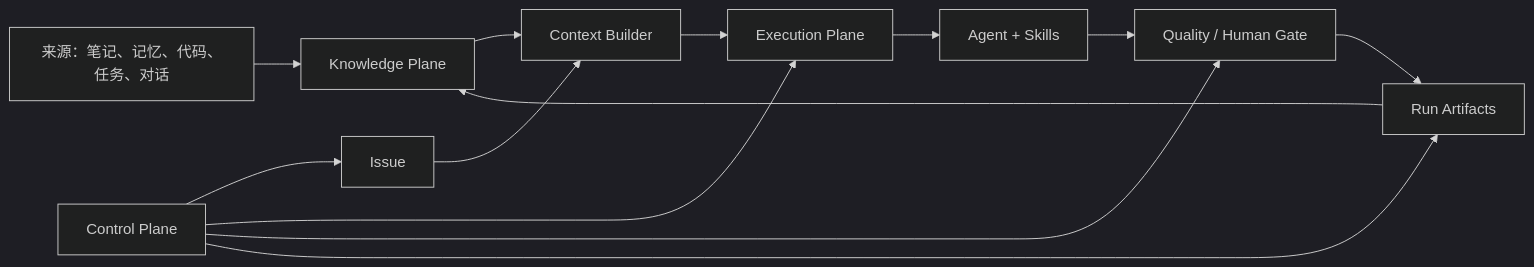
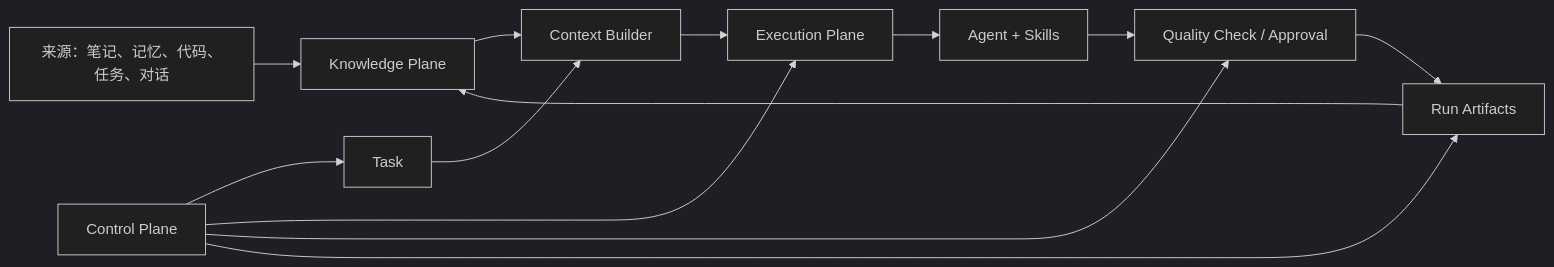
Before and after one commit to hongtewu-dotcom/ikb: the diagram in docs/architecture.md, drawn with Mermaid (dark theme). The commit also changed other lines of this file and 4 other files, not shown here.

````diff
--- a/docs/architecture.md
+++ b/docs/architecture.md
@@ -39,15 +39,15 @@
 ```mermaid
 flowchart LR
     S["来源：笔记、记忆、代码、任务、对话"] --> K["Knowledge Plane"]
     K --> C["Context Builder"]
-    I["Issue"] --> C
+    I["Task"] --> C
     C --> E["Execution Plane"]
     E --> A["Agent + Skills"]
-    A --> G["Quality / Human Gate"]
+    A --> G["Quality Check / Approval"]
     G --> R["Run Artifacts"]
     R --> K
     P["Control Plane"] --> I
     P --> E
     P --> G
     P --> R
 ```
````
